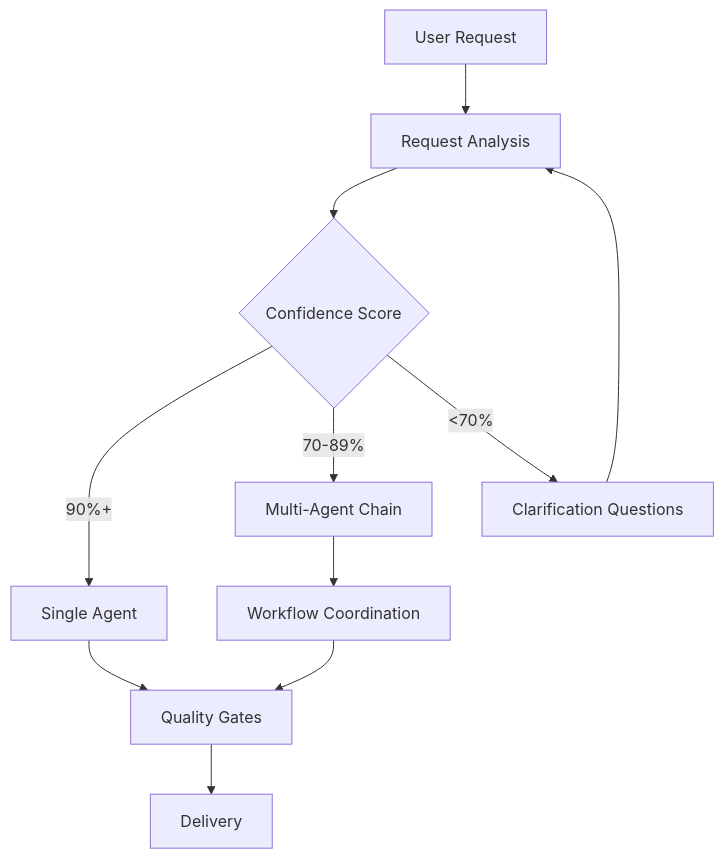
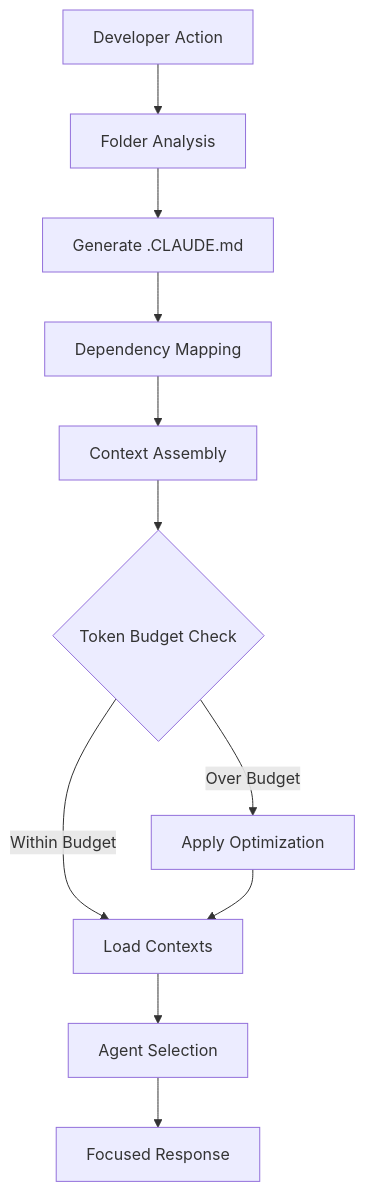
The first of 2 diagrams in README.md (VAMFI/claude-user-memory), drawn with Mermaid before and after one commit. The commit also changed other lines of this file, not shown here.

First line of the commit message:
📚 Update README.md with complete Context Engineering documentation

````diff
--- a/README.md
+++ b/README.md
@@ -202,13 +274,13 @@
 ```mermaid
 graph TD
-A[User Request] --> B[Request Analysis]
-B --> C{Confidence Score}
-C -->|90%+| D[Single Agent]
-C -->|70-89%| E[Multi-Agent Chain]
-C -->|<70%| F[Clarification Questions]
-F --> B
-D --> G[Quality Gates]
-E --> H[Workflow Coordination]
+A[Developer Action] --> B[Folder Analysis]
+B --> C[Generate .CLAUDE.md]
+C --> D[Dependency Mapping]
+D --> E[Context Assembly]
+E --> F{Token Budget Check}
+F -->|Within Budget| G[Load Contexts]
+F -->|Over Budget| H[Apply Optimization]
 H --> G
-G --> I[Delivery]
+G --> I[Agent Selection]
+I --> J[Focused Response]
 ```
````
